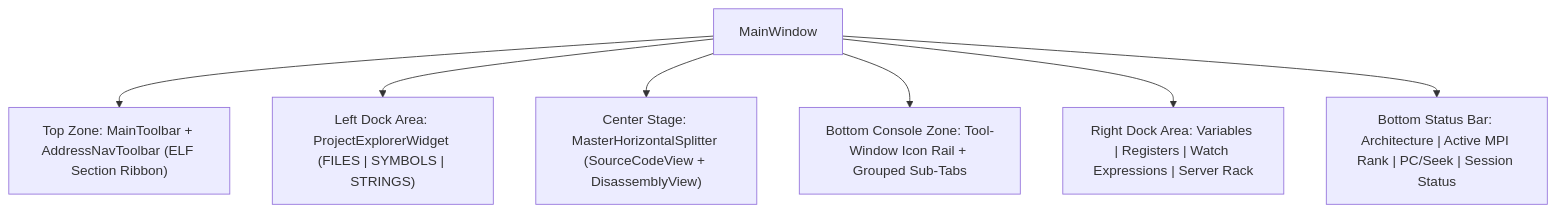
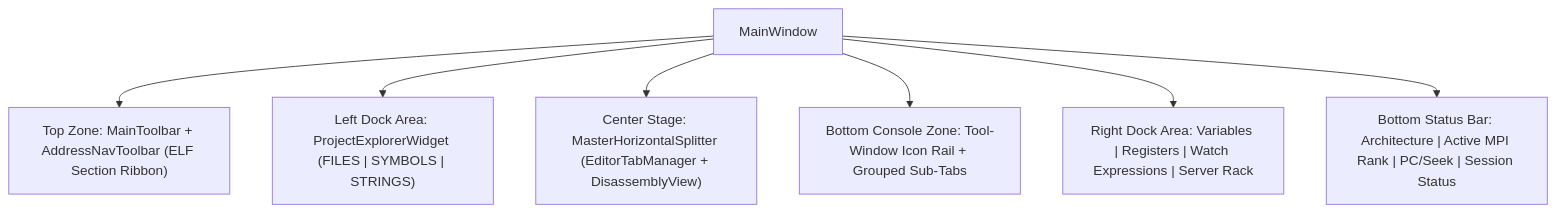
One commit to bnorthern42/GridLock changed the diagram in docs/ARCHITECTURE.md. Above: the diagram before and after it, drawn with Mermaid. The commit also changed other lines of this file and 5 other files, not shown here.

````diff
--- a/docs/ARCHITECTURE.md
+++ b/docs/ARCHITECTURE.md
@@ -7,17 +7,17 @@
 ```mermaid
 flowchart TD
     MW["MainWindow"]
     TB["Top Zone: MainToolbar + AddressNavToolbar (ELF Section Ribbon)"]
     LEFT["Left Dock Area: ProjectExplorerWidget (FILES | SYMBOLS | STRINGS)"]
-    CENTER["Center Stage: MasterHorizontalSplitter (SourceCodeView + DisassemblyView)"]
+    CENTER["Center Stage: MasterHorizontalSplitter (EditorTabManager + DisassemblyView)"]
     BOTTOM["Bottom Console Zone: Tool-Window Icon Rail + Grouped Sub-Tabs"]
     RIGHT["Right Dock Area: Variables | Registers | Watch Expressions | Server Rack"]
     STATUS["Bottom Status Bar: Architecture | Active MPI Rank | PC/Seek | Session Status"]
 
     MW --> TB
     MW --> LEFT
     MW --> CENTER
     MW --> BOTTOM
     MW --> RIGHT
     MW --> STATUS
 ```
````
